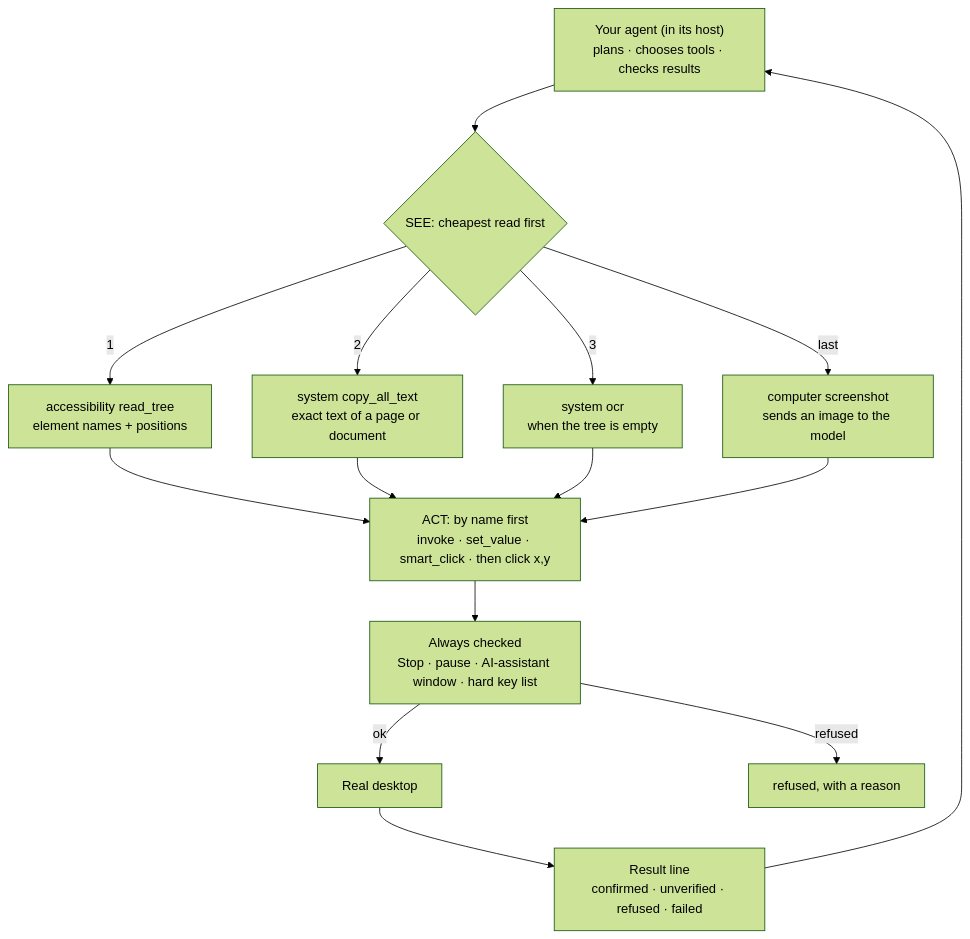
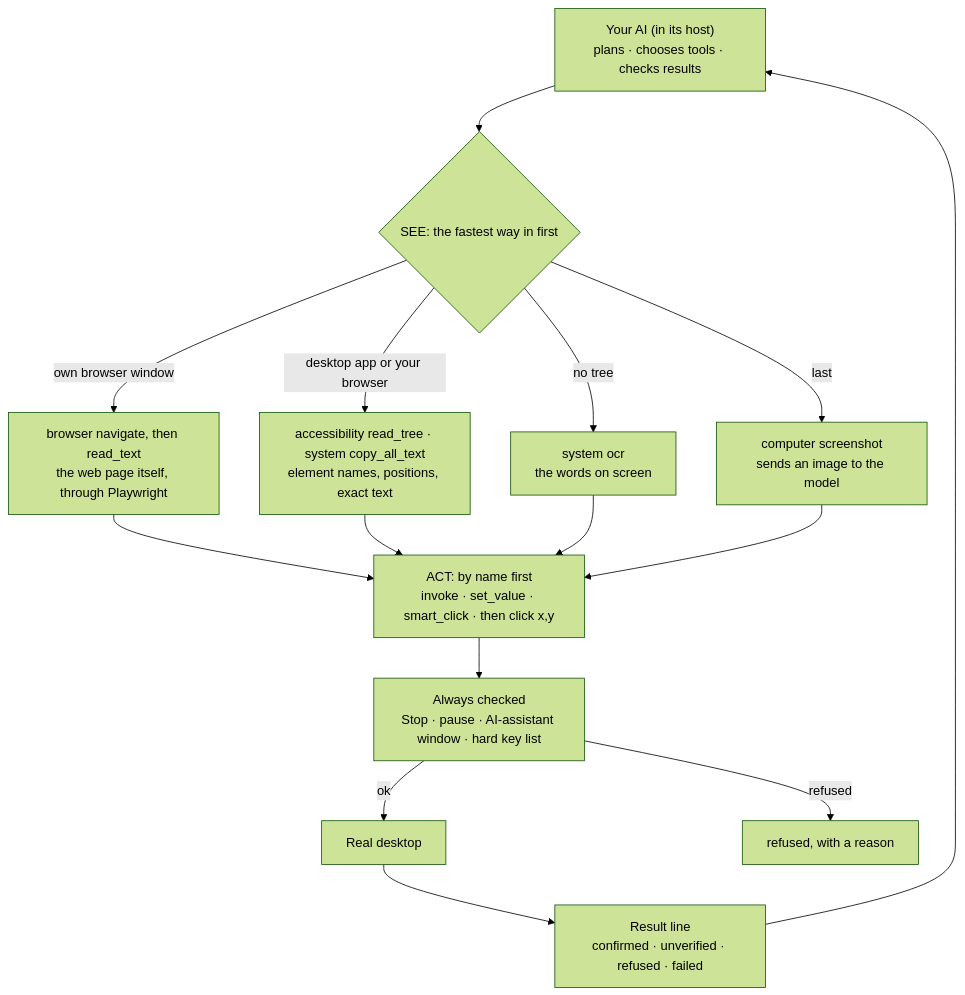
The diagram in README.md (AmrDab/clawdcursor), drawn with Mermaid (forest theme) before and after one commit. The commit also changed other lines of this file and 3 other files, not shown here.

````diff
--- a/README.md
+++ b/README.md
@@ -217,21 +70,21 @@
 ```mermaid
 flowchart TB
-    agent["Your agent (in its host)<br/>plans · chooses tools · checks results"] --> see{"SEE: cheapest read first"}
+    agent["Your AI (in its host)<br/>plans · chooses tools · checks results"] --> see{"SEE: the fastest way in first"}
 
-    see -- "1" --> tree["accessibility read_tree<br/>element names + positions"]
-    see -- "2" --> text["system copy_all_text<br/>exact text of a page or document"]
-    see -- "3" --> ocr["system ocr<br/>when the tree is empty"]
+    see -- "own browser window" --> page["browser navigate, then read_text<br/>the web page itself, through Playwright"]
+    see -- "desktop app or your browser" --> tree["accessibility read_tree · system copy_all_text<br/>element names, positions, exact text"]
+    see -- "no tree" --> ocr["system ocr<br/>the words on screen"]
     see -- "last" --> shot["computer screenshot<br/>sends an image to the model"]
 
+    page --> act
     tree --> act
-    text --> act
     ocr --> act
     shot --> act
 
     act["ACT: by name first<br/>invoke · set_value · smart_click · then click x,y"] --> guards
     guards["Always checked<br/>Stop · pause · AI-assistant window · hard key list"] -- ok --> desktop["Real desktop"]
     guards -- refused --> refused["refused, with a reason"]
 
     desktop --> result["Result line<br/>confirmed · unverified · refused · failed"]
     result --> agent
 ```
````
